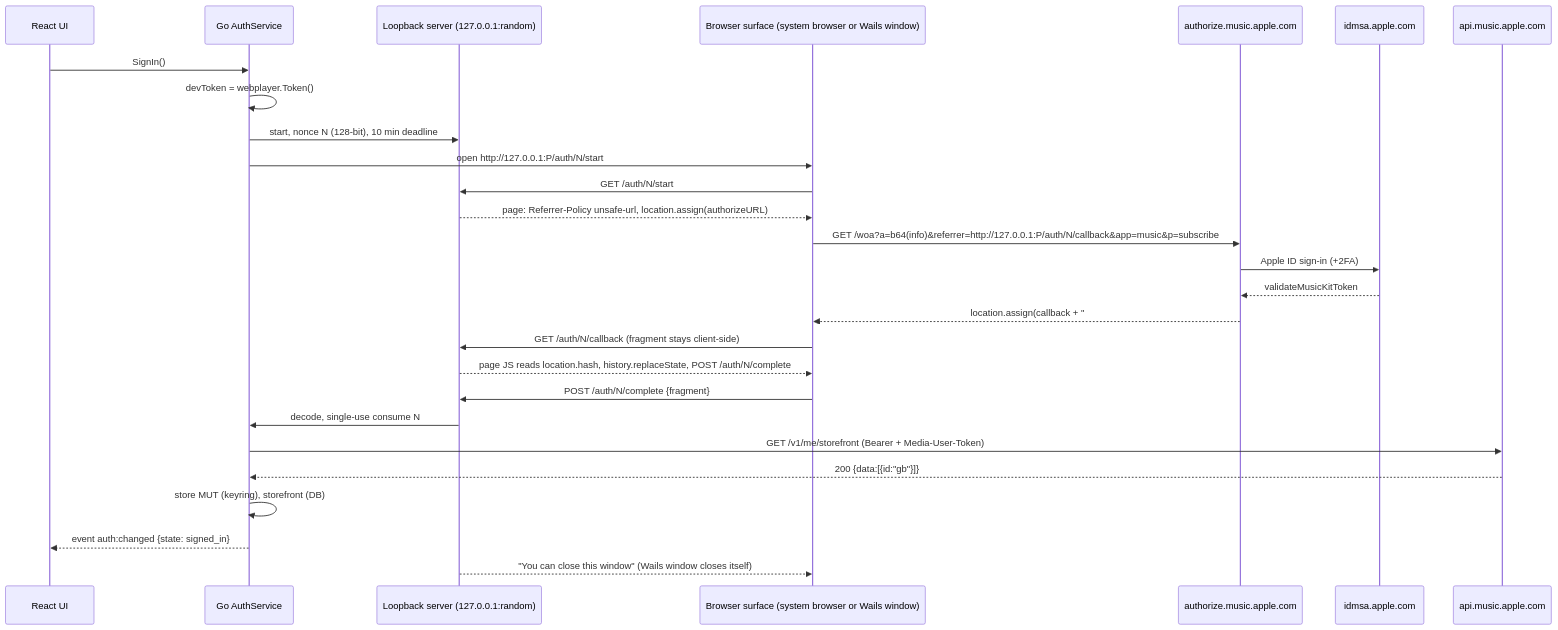
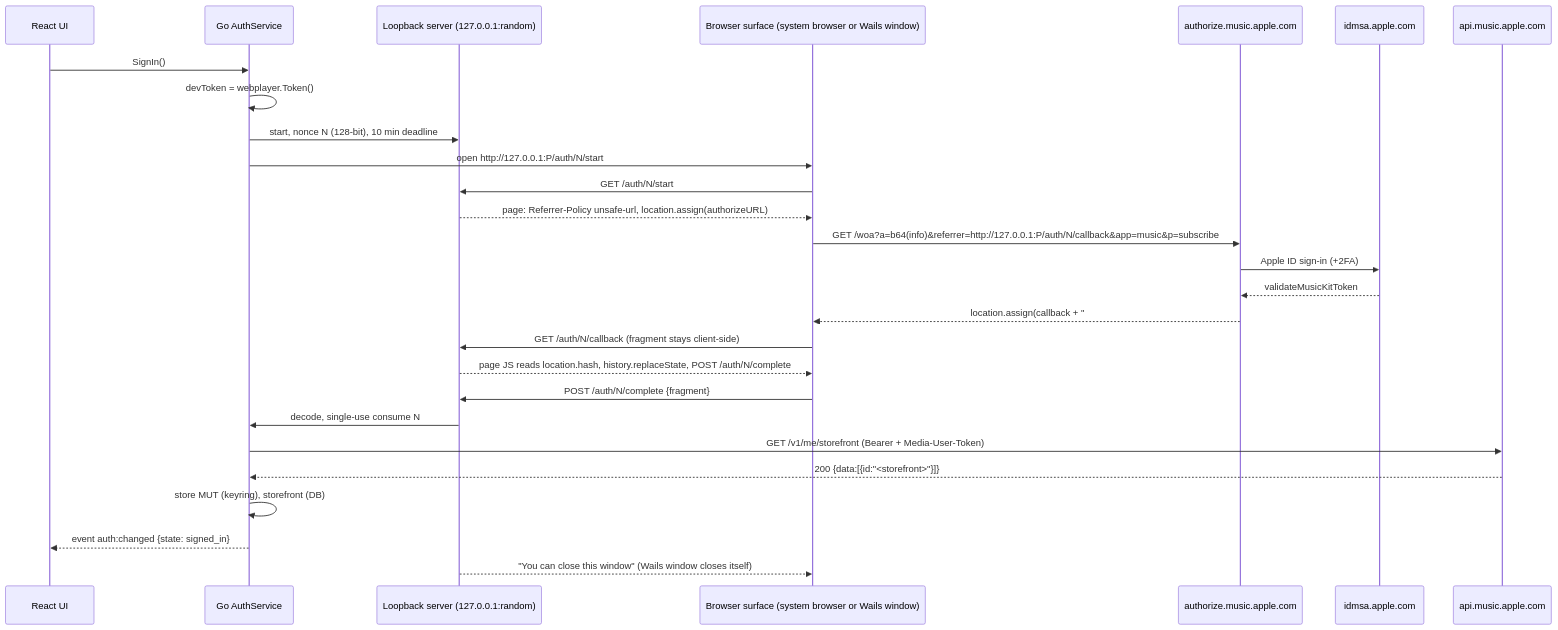
One commit to coredev-uk/sona-go changed the first of 2 diagrams in docs/auth.md. Above: the diagram before and after it, drawn with Mermaid. The commit also changed other lines of this file and 11 other files, not shown here.

````diff
--- a/docs/auth.md
+++ b/docs/auth.md
@@ -64,30 +64,30 @@
 ```mermaid
 sequenceDiagram
   participant UI as React UI
   participant Go as Go AuthService
   participant LB as Loopback server (127.0.0.1:random)
   participant B as Browser surface (system browser or Wails window)
   participant AZ as authorize.music.apple.com
   participant ID as idmsa.apple.com
   participant API as api.music.apple.com
 
   UI->>Go: SignIn()
   Go->>Go: devToken = webplayer.Token()
   Go->>LB: start, nonce N (128-bit), 10 min deadline
   Go->>B: open http://127.0.0.1:P/auth/N/start
   B->>LB: GET /auth/N/start
   LB-->>B: page: Referrer-Policy unsafe-url, location.assign(authorizeURL)
   B->>AZ: GET /woa?a=b64(info)&referrer=http://127.0.0.1:P/auth/N/callback&app=music&p=subscribe
   AZ->>ID: Apple ID sign-in (+2FA)
   ID-->>AZ: validateMusicKitToken
   AZ-->>B: location.assign(callback + "#" + b64({cid,itre,musicUserToken}))
   B->>LB: GET /auth/N/callback (fragment stays client-side)
   LB-->>B: page JS reads location.hash, history.replaceState, POST /auth/N/complete
   B->>LB: POST /auth/N/complete {fragment}
   LB->>Go: decode, single-use consume N
   Go->>API: GET /v1/me/storefront (Bearer + Media-User-Token)
-  API-->>Go: 200 {data:[{id:"gb"}]}
+  API-->>Go: 200 {data:[{id:"<storefront>"}]}
   Go->>Go: store MUT (keyring), storefront (DB)
   Go-->>UI: event auth:changed {state: signed_in}
   LB-->>B: "You can close this window" (Wails window closes itself)
 ```
````
